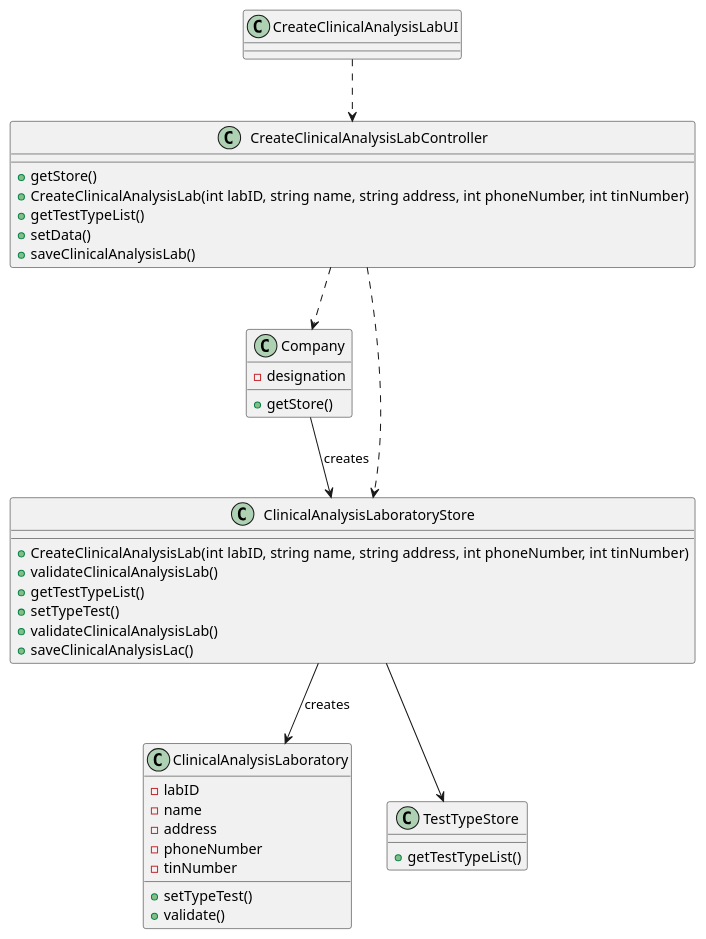
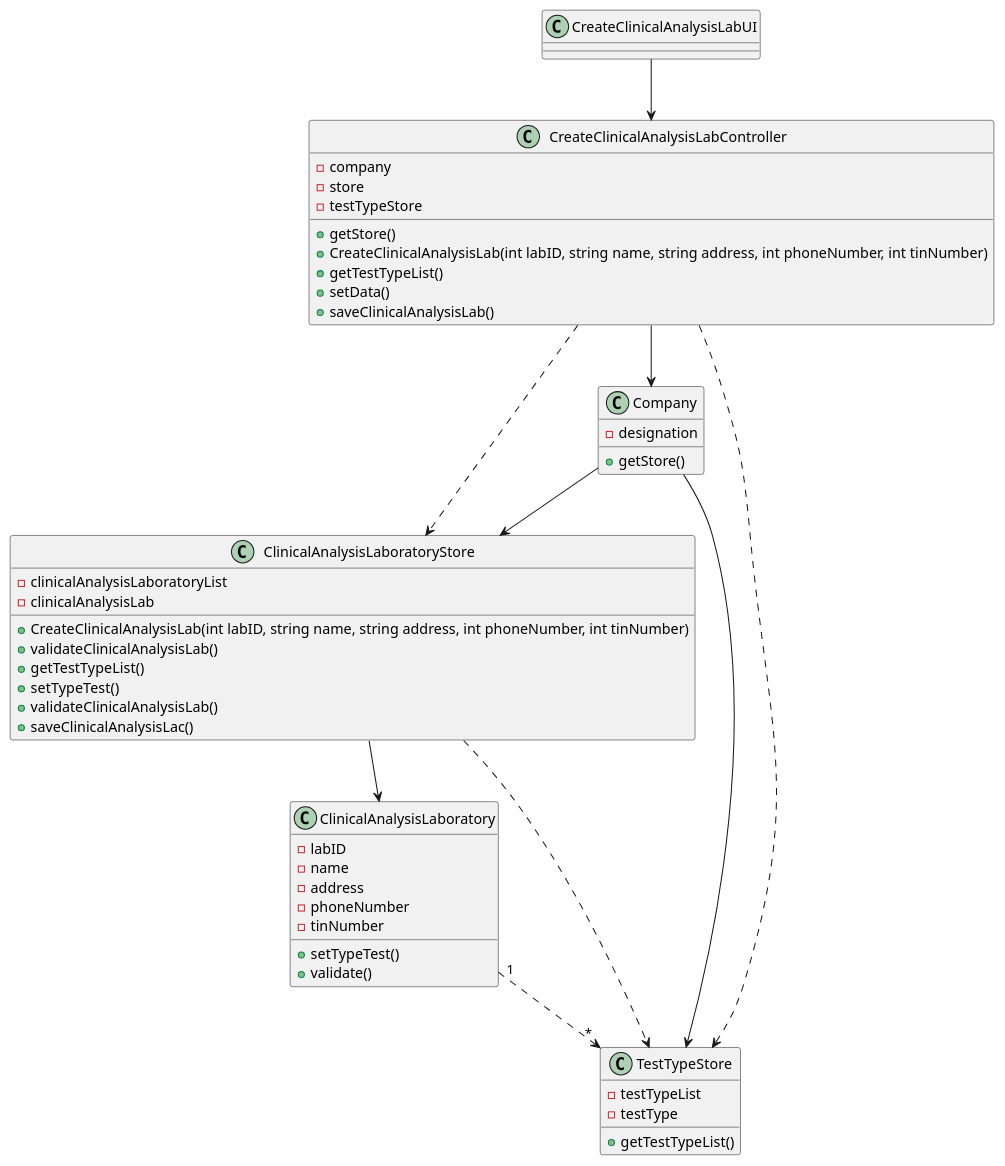
One commit to MarianaCLages/LAPR2 changed the diagram in docs/SprintB/US08/US8_CD.puml. Above: the diagram before and after it, drawn with PlantUML. The commit also changed 11 other files, not shown here.

Commit message:
Updates on classes diagrams

```diff
--- a/docs/SprintB/US08/US8_CD.puml
+++ b/docs/SprintB/US08/US8_CD.puml
@@ -1,50 +1,60 @@
 @startuml
 
 class Company
 {
   - designation
   + getStore()
 }
 
 class CreateClinicalAnalysisLabUI {
 }
 
 class CreateClinicalAnalysisLabController {
+    - company
+    - store
+    - testTypeStore
     + getStore()
     + CreateClinicalAnalysisLab(int labID, string name, string address, int phoneNumber, int tinNumber)
     + getTestTypeList()
     + setData()
     + saveClinicalAnalysisLab()
 }
 
 class ClinicalAnalysisLaboratory{
     - labID
     - name
     - address
     - phoneNumber
     - tinNumber
     + setTypeTest()
     + validate()
 }
 
 class ClinicalAnalysisLaboratoryStore{
+    - clinicalAnalysisLaboratoryList
+    - clinicalAnalysisLab
     + CreateClinicalAnalysisLab(int labID, string name, string address, int phoneNumber, int tinNumber)
     + validateClinicalAnalysisLab()
     + getTestTypeList()
     + setTypeTest()
     + validateClinicalAnalysisLab()
     + saveClinicalAnalysisLac()
 }
 
 class TestTypeStore{
+    - testTypeList
+    - testType
     + getTestTypeList()
 }
 
-CreateClinicalAnalysisLabUI ..> CreateClinicalAnalysisLabController
-CreateClinicalAnalysisLabController ..> Company
+CreateClinicalAnalysisLabUI --> CreateClinicalAnalysisLabController
+CreateClinicalAnalysisLabController --> Company
 CreateClinicalAnalysisLabController ..> ClinicalAnalysisLaboratoryStore
-Company --> ClinicalAnalysisLaboratoryStore: creates
-ClinicalAnalysisLaboratoryStore --> ClinicalAnalysisLaboratory: creates
-ClinicalAnalysisLaboratoryStore --> TestTypeStore
+Company --> ClinicalAnalysisLaboratoryStore
+ClinicalAnalysisLaboratoryStore --> ClinicalAnalysisLaboratory
+ClinicalAnalysisLaboratoryStore ..> TestTypeStore
+Company --> TestTypeStore
+CreateClinicalAnalysisLabController ..> TestTypeStore
+ClinicalAnalysisLaboratory "1" ..> "*" TestTypeStore
 
 @enduml
```
